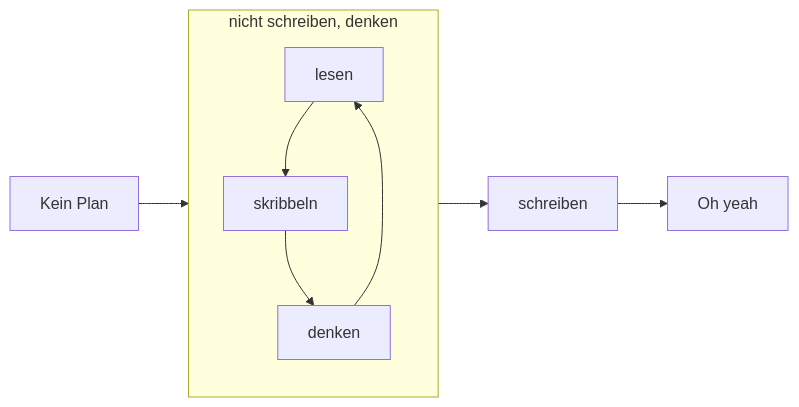
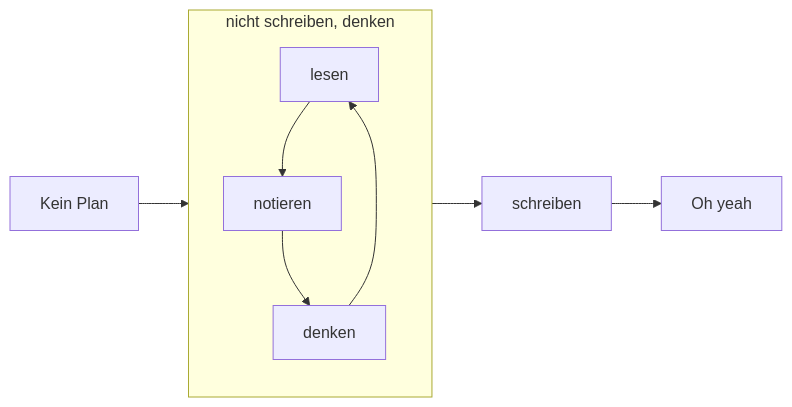
The fifth of 6 diagrams in 020-themawahl.qmd (sebastiansauer/fopra), drawn with Mermaid before and after one commit. The commit also changed other lines of this file and 3 other files, not shown here.

````diff
--- a/020-themawahl.qmd
+++ b/020-themawahl.qmd
@@ -477,13 +476,13 @@
 ```{mermaid}
 %%| label: fig-nicht-schreiben
-%%| fig-cap: "Erst denken, dann skribbeln, dann schreiben"
+%%| fig-cap: "Erst lesen, dann denken, dann notieren, dann schreiben"
 flowchart LR
   subgraph V[nicht schreiben, denken]
-    lesen --> skribbeln --> denken --> lesen
+    lesen --> notieren --> denken --> lesen
   end  
   KP[Kein Plan]  --> V
  
   V --> S[schreiben]
   S --> Y[Oh yeah]
  
 ```
````
